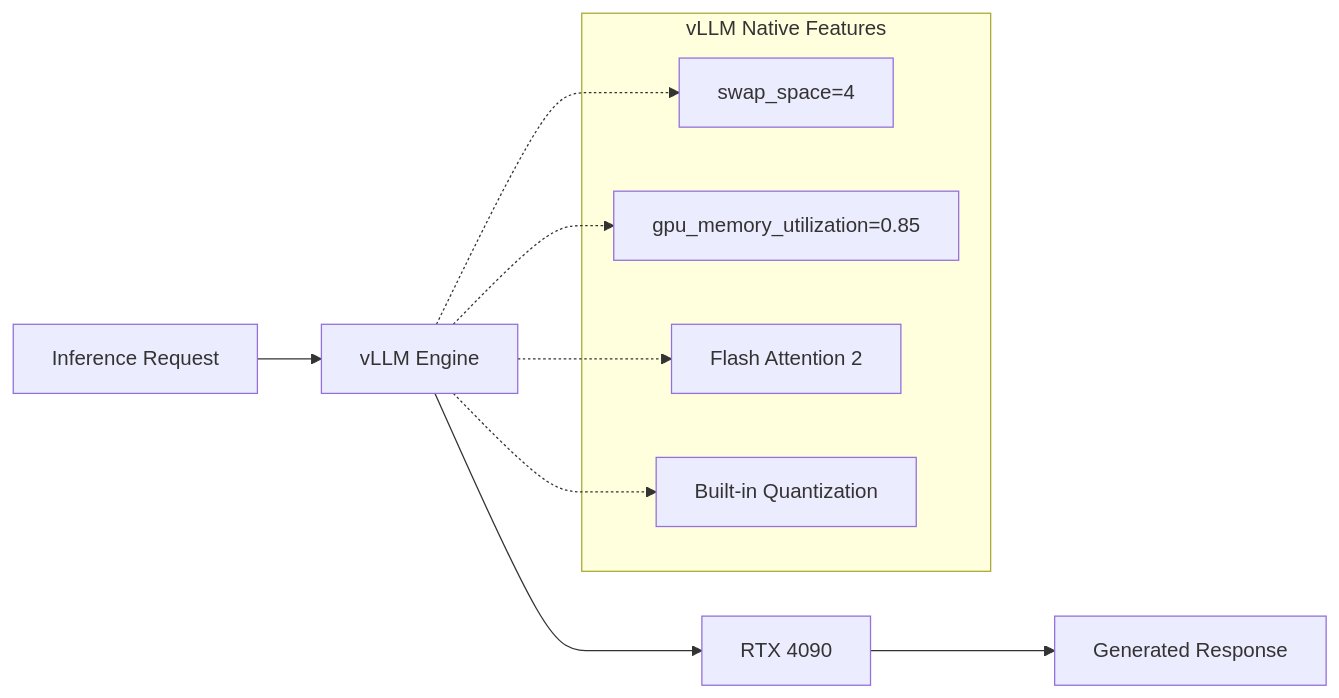
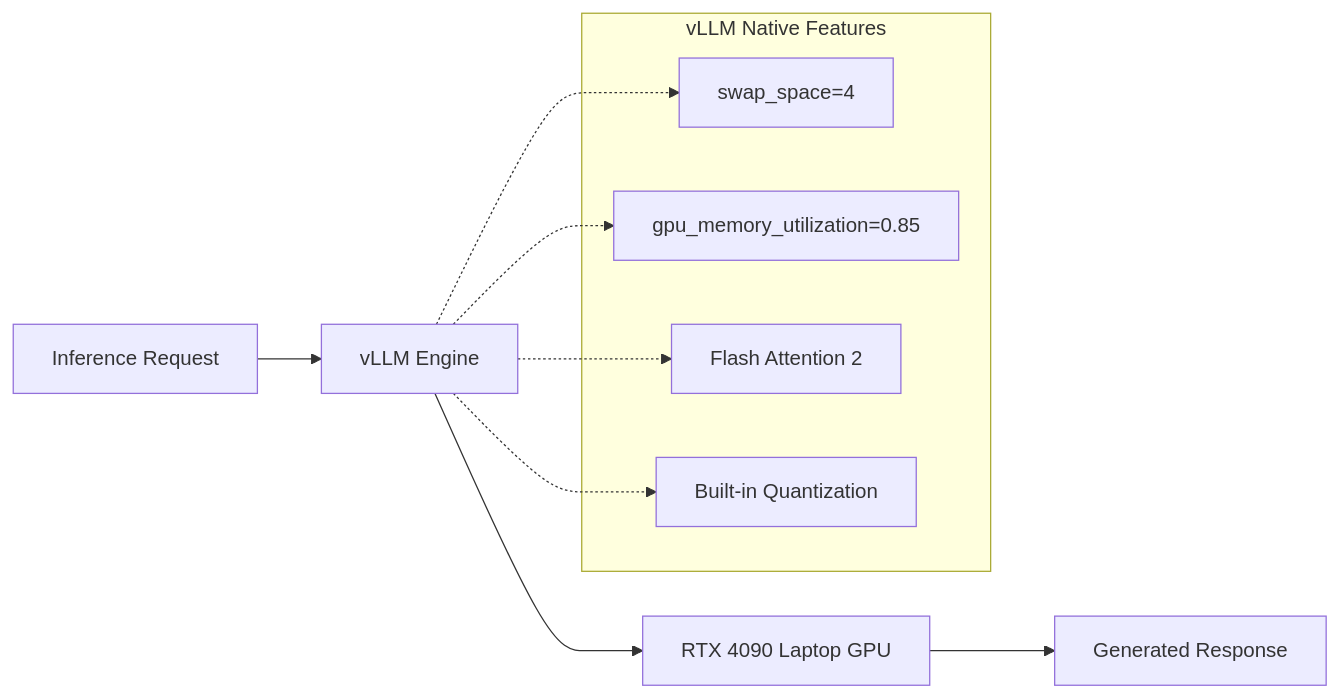
Before and after one commit to BjornMelin/ai-job-scraper: the first of 2 diagrams in docs/adrs/ADR-005-inference-stack.md, drawn with Mermaid. The commit also changed other lines of this file and 6 other files, not shown here.

````diff
--- a/docs/adrs/ADR-005-inference-stack.md
+++ b/docs/adrs/ADR-005-inference-stack.md
@@ -121,18 +69,18 @@
 ```mermaid
 graph LR
     A[Inference Request] --> B[vLLM Engine]
-    B --> C[RTX 4090]
+    B --> C[RTX 4090 Laptop GPU]
     C --> D[Generated Response]
     
     subgraph "vLLM Native Features"
         E[swap_space=4]
         F[gpu_memory_utilization=0.85]
         G[Flash Attention 2]
         H[Built-in Quantization]
     end
     
     B -.-> E
     B -.-> F
     B -.-> G
     B -.-> H
 ```
````
